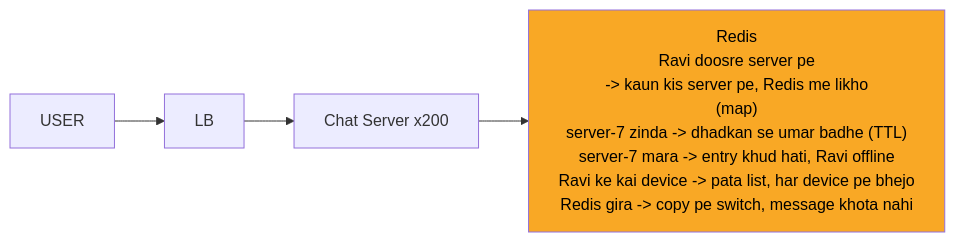
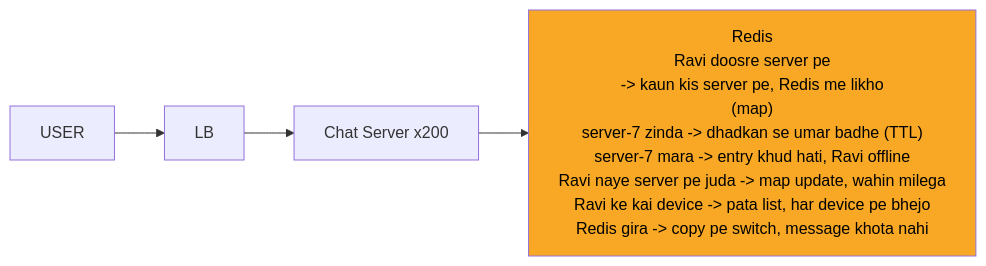
The third of 12 diagrams in 04_HLD/SYSTEM_DESIGNS/14_chat_messaging/14_chat_messaging.md (ArpanMaheshwari144/Prep), drawn with Mermaid before and after one commit. The commit also changed 4 other files, not shown here.

````diff
--- a/04_HLD/SYSTEM_DESIGNS/14_chat_messaging/14_chat_messaging.md
+++ b/04_HLD/SYSTEM_DESIGNS/14_chat_messaging/14_chat_messaging.md
@@ -161,12 +161,12 @@
 ```mermaid
 %%{init: {"flowchart": {"wrappingWidth": 450}}}%%
 flowchart LR
     n_U["USER"]
     n_LB["LB"]
     n_CS["Chat Server x200"]
-    n_R["Redis<br/>Ravi doosre server pe<br/>-> kaun kis server pe, Redis me likho<br/>(map)<br/>server-7 zinda -> dhadkan se umar badhe (TTL)<br/>server-7 mara -> entry khud hati, Ravi offline<br/>Ravi ke kai device -> pata list, har device pe bhejo<br/>Redis gira -> copy pe switch, message khota nahi"]
+    n_R["Redis<br/>Ravi doosre server pe<br/>-> kaun kis server pe, Redis me likho<br/>(map)<br/>server-7 zinda -> dhadkan se umar badhe (TTL)<br/>server-7 mara -> entry khud hati, Ravi offline<br/>Ravi naye server pe juda -> map update, wahin milega<br/>Ravi ke kai device -> pata list, har device pe bhejo<br/>Redis gira -> copy pe switch, message khota nahi"]
     n_U --> n_LB
     n_LB --> n_CS
     n_CS --> n_R
     style n_R fill:#f9a825,color:#000
 ```
````
